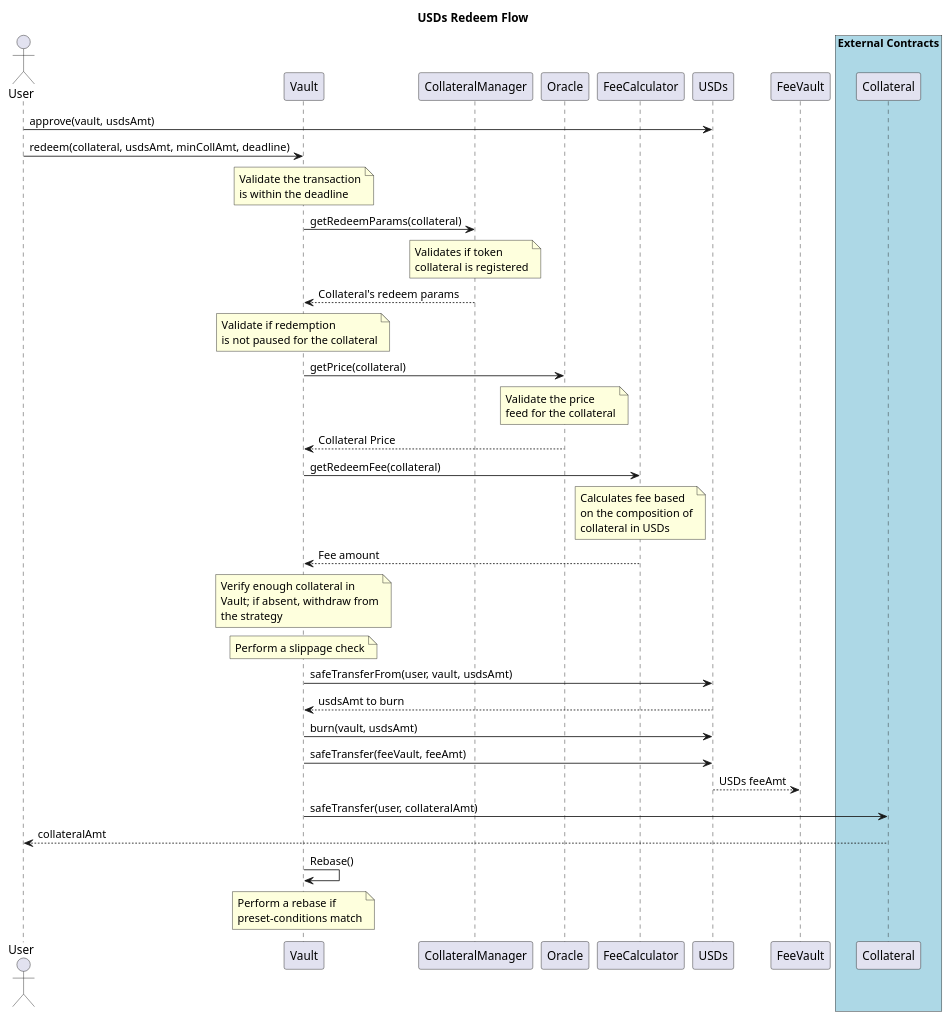
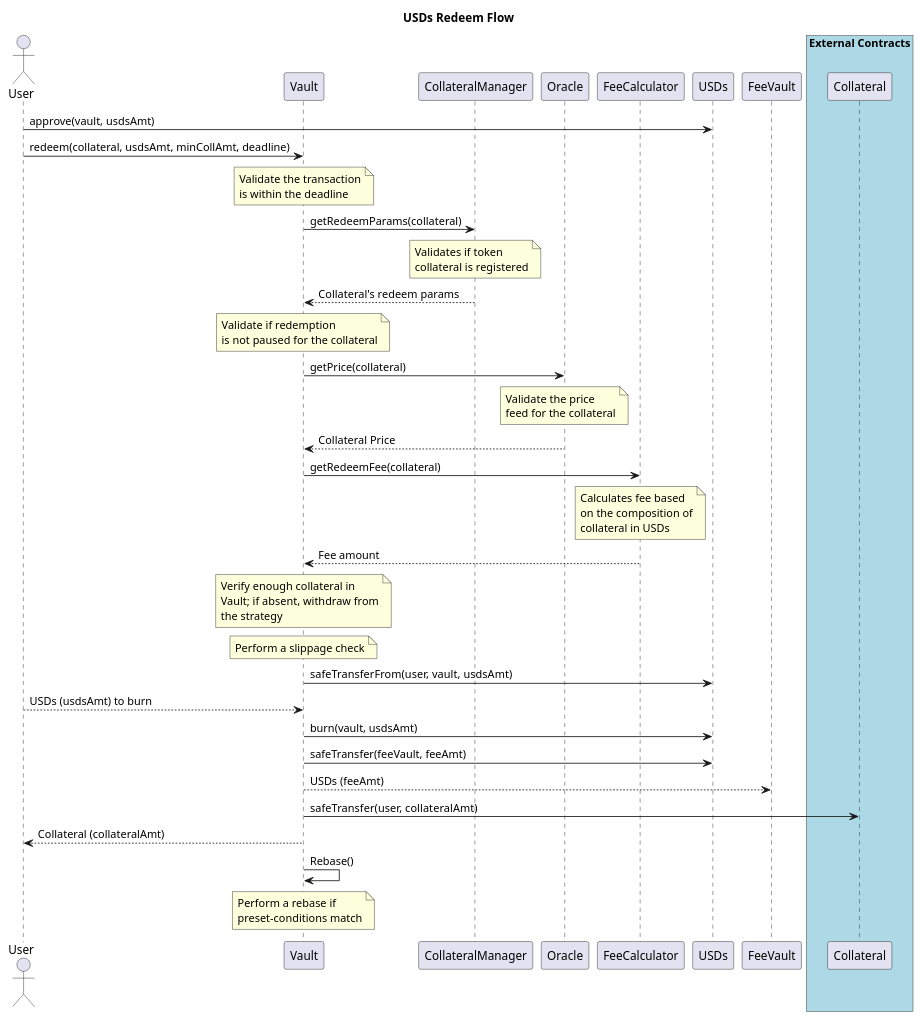
One commit to Sperax/USDs-v2 changed the diagram in docs/arch/sequentialDiagrams/USDsRedeemFlow.pu. Above: the diagram before and after it, drawn with PlantUML. The commit also changed 3 other files, not shown here.

Commit message:
Improve sequential diagrams

```diff
--- a/docs/arch/sequentialDiagrams/USDsRedeemFlow.pu
+++ b/docs/arch/sequentialDiagrams/USDsRedeemFlow.pu
@@ -1,40 +1,40 @@
 @startuml USDs Redeem Flow
 
 title USDs Redeem Flow
 actor User
 participant Vault
 participant CollateralManager
 participant Oracle
 participant FeeCalculator
 participant USDs
 participant FeeVault
 box "External Contracts" #LightBlue
     participant Collateral
 end box
 
 User -> USDs: approve(vault, usdsAmt)
 User -> Vault: redeem(collateral, usdsAmt, minCollAmt, deadline)
 note over Vault: Validate the transaction\nis within the deadline
 Vault -> CollateralManager: getRedeemParams(collateral)
 note over CollateralManager: Validates if token\ncollateral is registered
 CollateralManager --> Vault: Collateral's redeem params
 note over Vault: Validate if redemption\nis not paused for the collateral
 Vault -> Oracle: getPrice(collateral)
 note over Oracle: Validate the price\nfeed for the collateral
 Oracle --> Vault: Collateral Price
 Vault -> FeeCalculator: getRedeemFee(collateral)
 note over FeeCalculator: Calculates fee based\non the composition of\ncollateral in USDs
 FeeCalculator --> Vault: Fee amount
 note over Vault: Verify enough collateral in\nVault; if absent, withdraw from\nthe strategy
 note over Vault: Perform a slippage check
 Vault -> USDs: safeTransferFrom(user, vault, usdsAmt)
-USDs --> Vault: usdsAmt to burn
+User --> Vault: USDs (usdsAmt) to burn
 Vault -> USDs: burn(vault, usdsAmt)
 Vault -> USDs: safeTransfer(feeVault, feeAmt)
-USDs --> FeeVault: USDs feeAmt
+Vault --> FeeVault: USDs (feeAmt)
 Vault -> Collateral: safeTransfer(user, collateralAmt)
-Collateral --> User: collateralAmt
+Vault --> User: Collateral (collateralAmt)
 Vault -> Vault: Rebase()
 note over Vault: Perform a rebase if\npreset-conditions match
 
 @enduml
```
